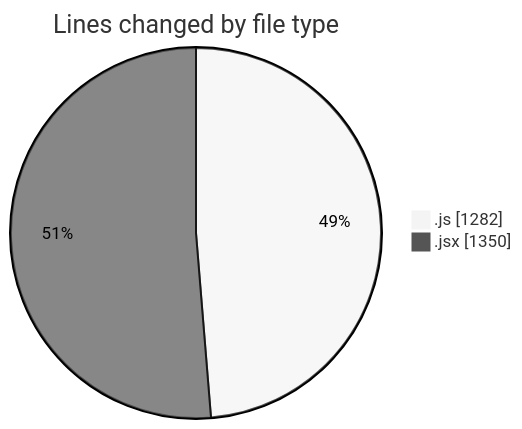
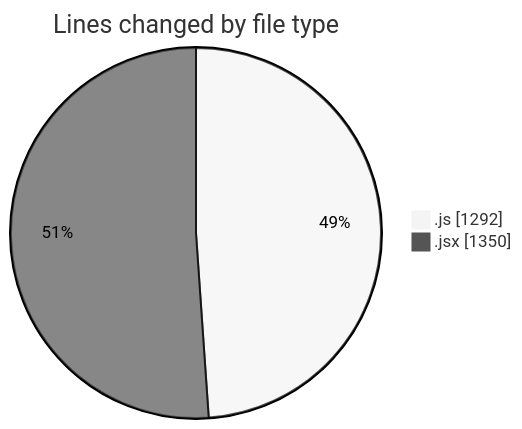
Before and after one commit to nxtqubesakshisongat/code-tracking: the first of 2 diagrams in 2025-09-19/nxtqube_webapp/README.md, drawn with Mermaid (neutral theme). The commit also changed other lines of this file and 1 other file, not shown here.

````diff
--- a/2025-09-19/nxtqube_webapp/README.md
+++ b/2025-09-19/nxtqube_webapp/README.md
@@ -23,6 +23,6 @@
 ```mermaid
 pie showData
 title Lines changed by file type
-".js" : 1282
+".js" : 1292
 ".jsx" : 1350
 ```
````
